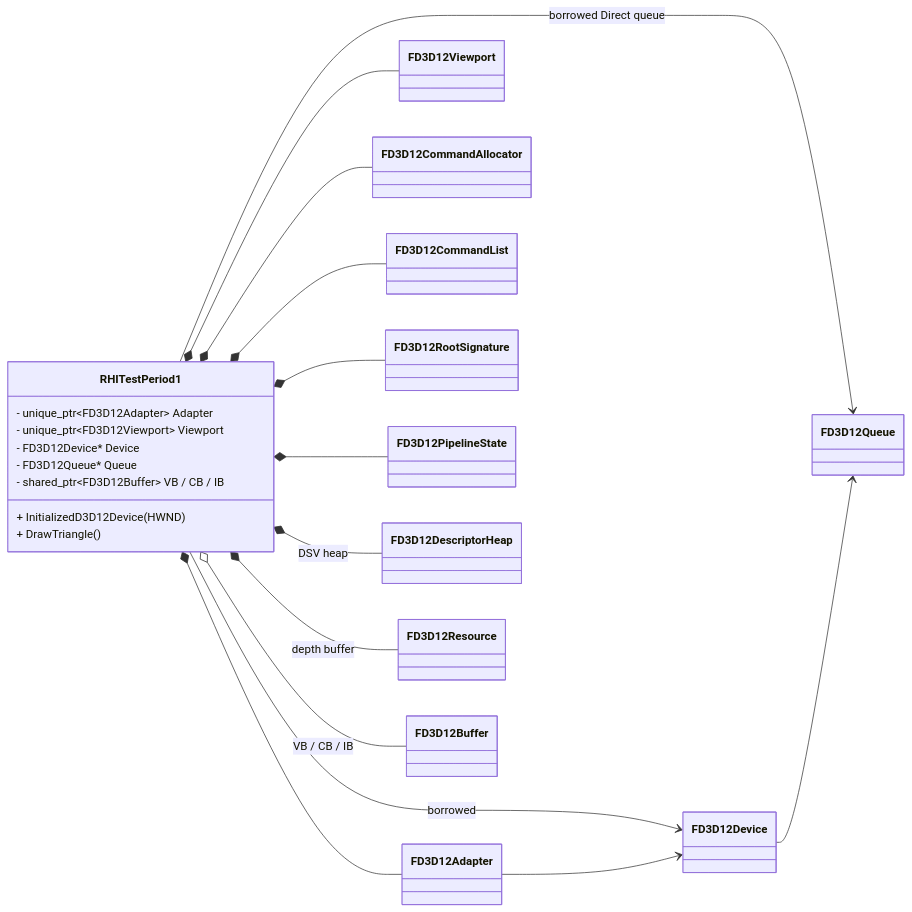
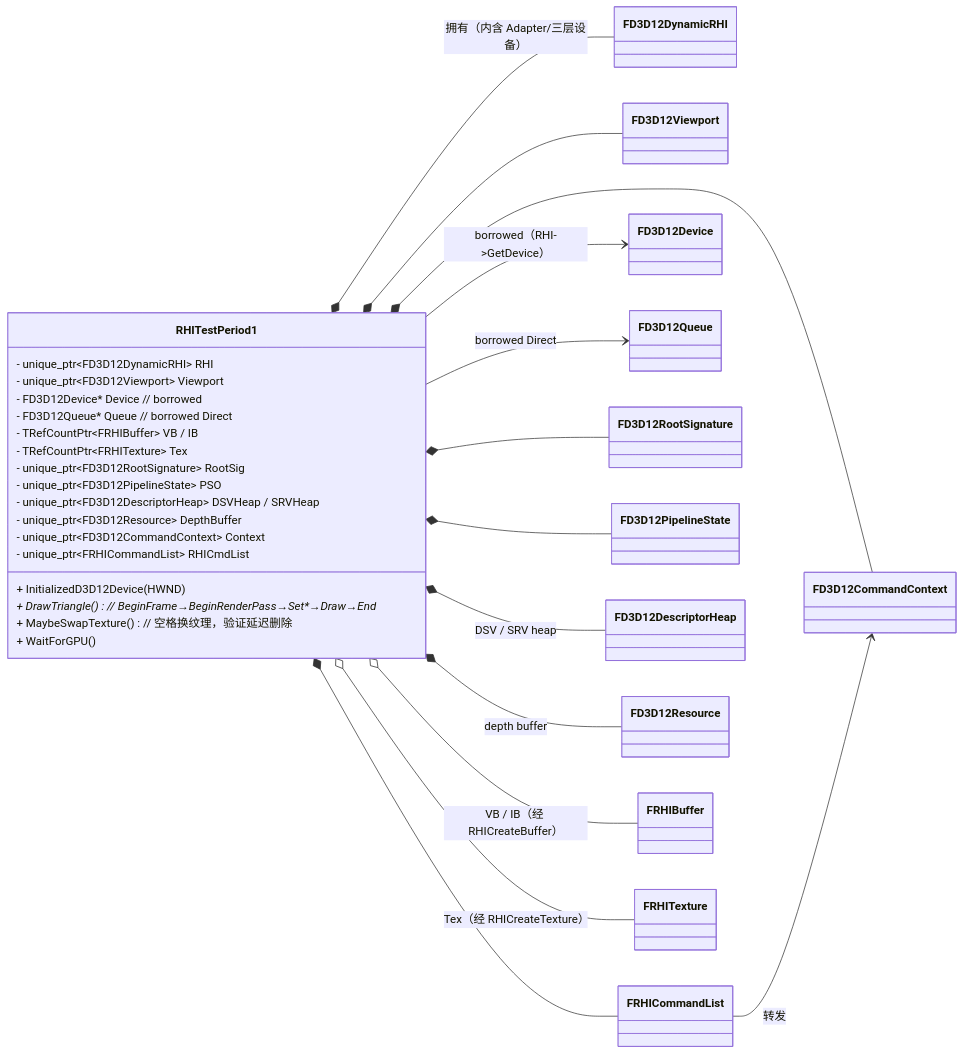
Before and after one commit to TailSeries/BaseTestEngine: the fourth of 4 diagrams in Source/D3D12RHI_UML.md, drawn with Mermaid. The commit also changed other lines of this file and 1 other file, not shown here.

````diff
--- a/Source/D3D12RHI_UML.md
+++ b/Source/D3D12RHI_UML.md
@@ -233,28 +283,37 @@
 ```mermaid
 classDiagram
 direction LR
 
 class RHITestPeriod1 {
-    - unique_ptr~FD3D12Adapter~ Adapter
+    - unique_ptr~FD3D12DynamicRHI~ RHI
     - unique_ptr~FD3D12Viewport~ Viewport
-    - FD3D12Device* Device
-    - FD3D12Queue* Queue
-    - shared_ptr~FD3D12Buffer~ VB / CB / IB
+    - FD3D12Device* Device        // borrowed
+    - FD3D12Queue* Queue          // borrowed Direct
+    - TRefCountPtr~FRHIBuffer~ VB / IB
+    - TRefCountPtr~FRHITexture~ Tex
+    - unique_ptr~FD3D12RootSignature~ RootSig
+    - unique_ptr~FD3D12PipelineState~ PSO
+    - unique_ptr~FD3D12DescriptorHeap~ DSVHeap / SRVHeap
+    - unique_ptr~FD3D12Resource~ DepthBuffer
+    - unique_ptr~FD3D12CommandContext~ Context
+    - unique_ptr~FRHICommandList~ RHICmdList
     + InitializedD3D12Device(HWND)
-    + DrawTriangle()
+    + DrawTriangle()   // BeginFrame→BeginRenderPass→Set*→Draw→End*
+    + MaybeSwapTexture()  // 空格换纹理，验证延迟删除
+    + WaitForGPU()
 }
 
-RHITestPeriod1 *-- FD3D12Adapter
+RHITestPeriod1 *-- FD3D12DynamicRHI : 拥有（内含 Adapter/三层设备）
 RHITestPeriod1 *-- FD3D12Viewport
-RHITestPeriod1 --> FD3D12Device : borrowed
-RHITestPeriod1 --> FD3D12Queue : borrowed Direct queue
-RHITestPeriod1 *-- FD3D12CommandAllocator
-RHITestPeriod1 *-- FD3D12CommandList
+RHITestPeriod1 *-- FD3D12CommandContext
+RHITestPeriod1 *-- FRHICommandList
+RHITestPeriod1 --> FD3D12Device : borrowed（RHI->GetDevice）
+RHITestPeriod1 --> FD3D12Queue : borrowed Direct
 RHITestPeriod1 *-- FD3D12RootSignature
 RHITestPeriod1 *-- FD3D12PipelineState
-RHITestPeriod1 *-- FD3D12DescriptorHeap : DSV heap
+RHITestPeriod1 *-- FD3D12DescriptorHeap : DSV / SRV heap
 RHITestPeriod1 *-- FD3D12Resource : depth buffer
-RHITestPeriod1 o-- FD3D12Buffer : VB / CB / IB
-FD3D12Adapter --> FD3D12Device
-FD3D12Device --> FD3D12Queue
+RHITestPeriod1 o-- FRHIBuffer : VB / IB（经 RHICreateBuffer）
+RHITestPeriod1 o-- FRHITexture : Tex（经 RHICreateTexture）
+FRHICommandList --> FD3D12CommandContext : 转发
 ```
````
